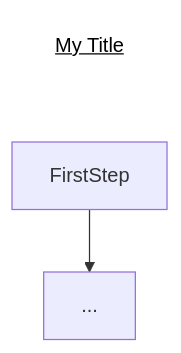
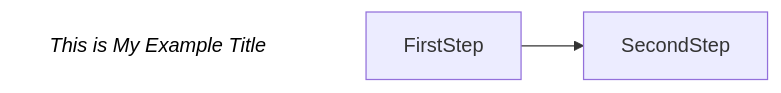
Before and after one commit to PastranaDigital/mermaid-presentation: the fourth of 6 diagrams in README.md, drawn with Mermaid. The commit also changed other lines of this file and 14 other files, not shown here.

````diff
--- a/README.md
+++ b/README.md
@@ -15,10 +97,13 @@
 ```mermaid
-graph TD
+graph LR
 
-title[<u>My Title</u>]
-title-->FirstStep
+title[<i>This is My Example Title</i>]
+title --> FirstStep
+
+%% this styling hides the connection arrow for link index 0
 style title fill:#FFF,stroke:#FFF,color:#000
 linkStyle 0 stroke:#FFF,stroke-width:0;
 
-FirstStep-->...
+FirstStep --> SecondStep
+
 ```
````
